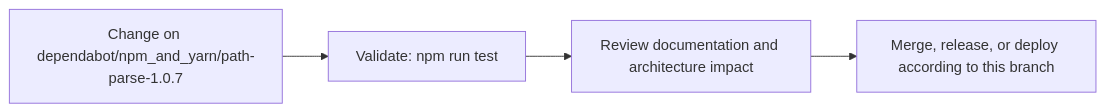
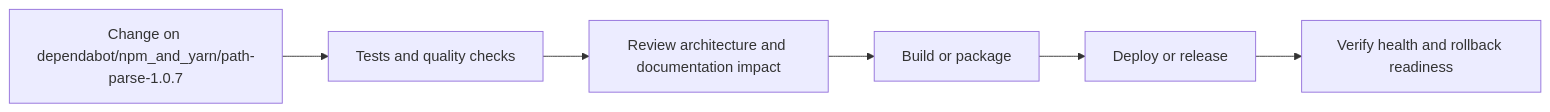
Before and after one commit to Nischhalsubba/rismfp-ui: the fourth of 5 diagrams in README.md, drawn with Mermaid. The commit also changed other lines of this file, not shown here.

````diff
--- a/README.md
+++ b/README.md
@@ -66,8 +135,8 @@
 ```mermaid
 flowchart LR
-    CHANGE["Change on dependabot/npm_and_yarn/path-parse-1.0.7"]
-    CHECK["Validate: npm run test"]
-    REVIEW["Review documentation and architecture impact"]
-    RELEASE["Merge, release, or deploy according to this branch"]
-    CHANGE --> CHECK --> REVIEW --> RELEASE
+    CHANGE["Change on dependabot/npm_and_yarn/path-parse-1.0.7"] --> CHECK["Tests and quality checks"]
+    CHECK --> REVIEW["Review architecture and documentation impact"]
+    REVIEW --> BUILD["Build or package"]
+    BUILD --> DEPLOY["Deploy or release"]
+    DEPLOY --> VERIFY["Verify health and rollback readiness"]
 ```
````
